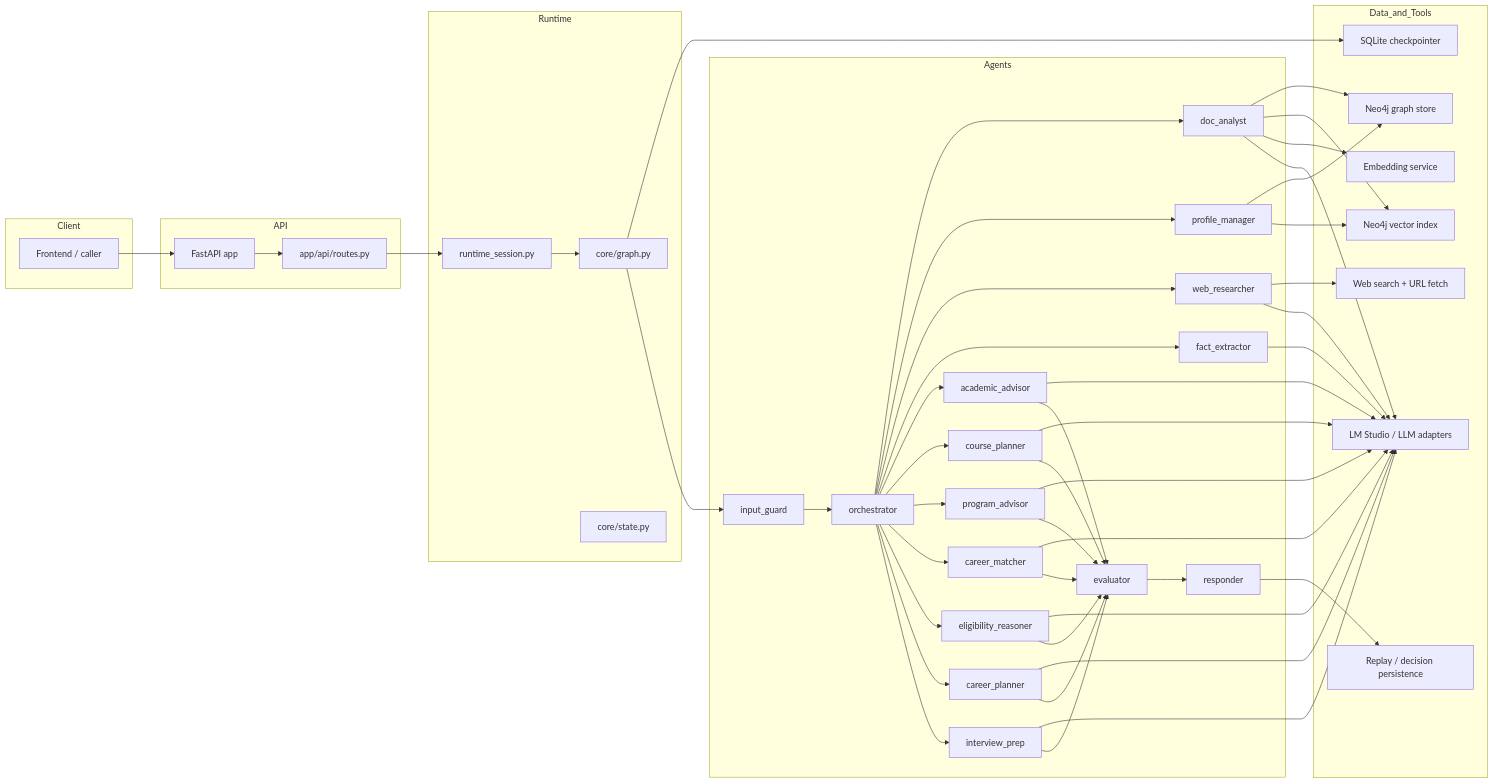
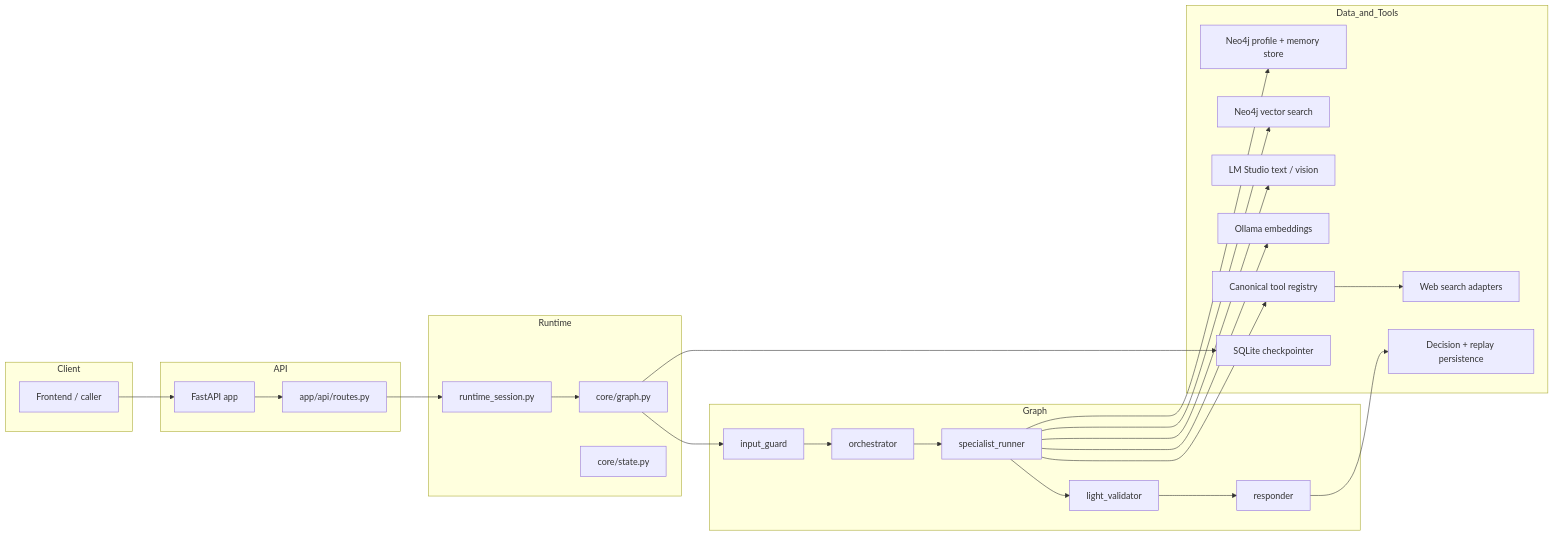
The second of 6 diagrams in docs/PATHFINDER_ARCHITECTURE_FLOW.md (sagarrgupta/Pathfinder), drawn with Mermaid before and after one commit. The commit also changed other lines of this file and 54 other files, not shown here.

Commit message:
origin/Feature/basicUpdates - updated architecture docs

````diff
--- a/docs/PATHFINDER_ARCHITECTURE_FLOW.md
+++ b/docs/PATHFINDER_ARCHITECTURE_FLOW.md
@@ -72,70 +65,33 @@
         STATE["core/state.py"]
     end
 
-    subgraph Agents
+    subgraph Graph
         G["input_guard"]
         O["orchestrator"]
-        D["doc_analyst"]
-        P["profile_manager"]
-        W["web_researcher"]
-        F["fact_extractor"]
-        A1["academic_advisor"]
-        A2["course_planner"]
-        A3["program_advisor"]
-        A4["career_matcher"]
-        A5["eligibility_reasoner"]
-        A6["career_planner"]
-        A7["interview_prep"]
-        E["evaluator"]
+        S["specialist_runner"]
+        V["light_validator"]
         R["responder"]
     end
 
     subgraph Data_and_Tools
-        NEO["Neo4j graph store"]
-        VEC["Neo4j vector index"]
-        LLM["LM Studio / LLM adapters"]
-        EMB["Embedding service"]
-        WEB["Web search + URL fetch"]
+        NEO["Neo4j profile + memory store"]
+        VEC["Neo4j vector search"]
+        LLM["LM Studio text / vision"]
+        EMB["Ollama embeddings"]
+        TOOLS["Canonical tool registry"]
+        WEB["Web search adapters"]
         SQLITE["SQLite checkpointer"]
-        REPLAY["Replay / decision persistence"]
+        REPLAY["Decision + replay persistence"]
     end
 
     UI --> MAIN --> ROUTER --> SESSION --> GRAPH
     GRAPH --> SQLITE
-    GRAPH --> G --> O
-    O --> D
-    O --> P
-    O --> W
-    O --> F
-    O --> A1
-    O --> A2
-    O --> A3
-    O --> A4
-    O --> A5
-    O --> A6
-    O --> A7
-    D --> NEO
-    D --> VEC
-    D --> EMB
-    D --> LLM
-    P --> NEO
-    P --> VEC
-    W --> WEB
-    W --> LLM
-    F --> LLM
-    A1 --> LLM
-    A2 --> LLM
-    A3 --> LLM
-    A4 --> LLM
-    A5 --> LLM
-    A6 --> LLM
-    A7 --> LLM
-    A1 --> E
-    A2 --> E
-    A3 --> E
-    A4 --> E
-    A5 --> E
-    A6 --> E
-    A7 --> E
-    E --> R --> REPLAY
+    GRAPH --> G --> O --> S --> V --> R
+    S --> NEO
+    S --> VEC
+    S --> LLM
+    S --> EMB
+    S --> TOOLS
+    TOOLS --> WEB
+    R --> REPLAY
 ```
````
